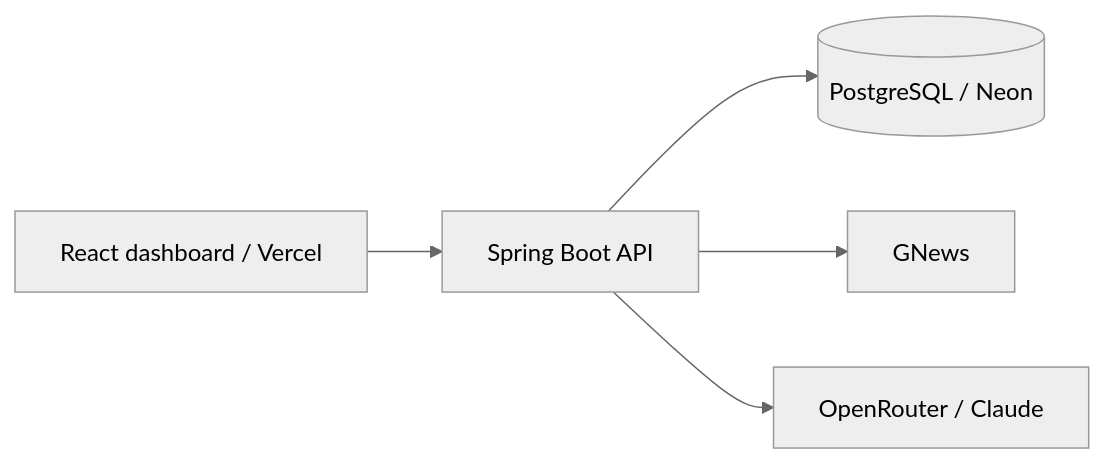
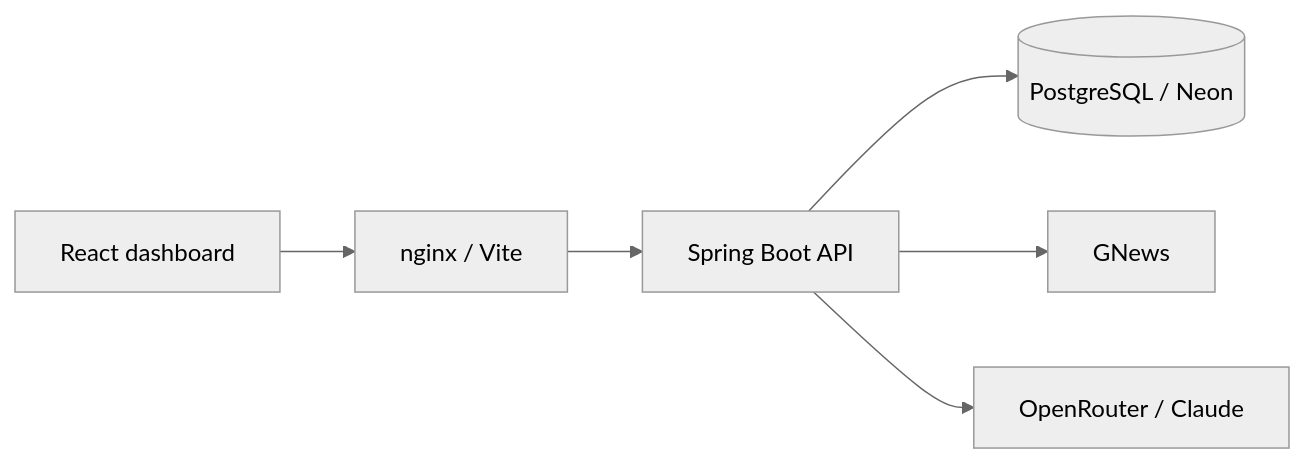
Before and after one commit to ahhyang/newspulse: the first of 2 diagrams in README.md, drawn with Mermaid (neutral theme). The commit also changed other lines of this file and 10 other files, not shown here.

````diff
--- a/README.md
+++ b/README.md
@@ -17,7 +17,8 @@
 ```mermaid
 flowchart LR
-  Dashboard[React dashboard / Vercel] --> API[Spring Boot API]
+  Dashboard[React dashboard] --> Nginx[nginx / Vite]
+  Nginx --> API[Spring Boot API]
   API --> PG[(PostgreSQL / Neon)]
   API --> GNews[GNews]
   API --> OpenRouter[OpenRouter / Claude]
 ```
````
